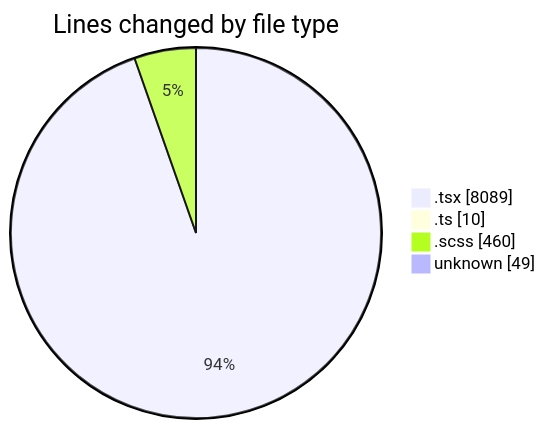
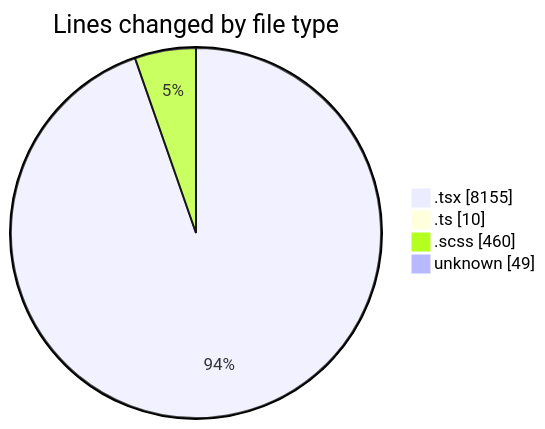
The first of 2 diagrams in 2025-11-17/cda/README.md (momahboobian/code-tracking), drawn with Mermaid before and after one commit. The commit also changed other lines of this file and 1 other file, not shown here.

````diff
--- a/2025-11-17/cda/README.md
+++ b/2025-11-17/cda/README.md
@@ -35,8 +35,8 @@
 ```mermaid
 pie showData
 title Lines changed by file type
-".tsx" : 8089
+".tsx" : 8155
 ".ts" : 10
 ".scss" : 460
 "unknown" : 49
 ```
````
